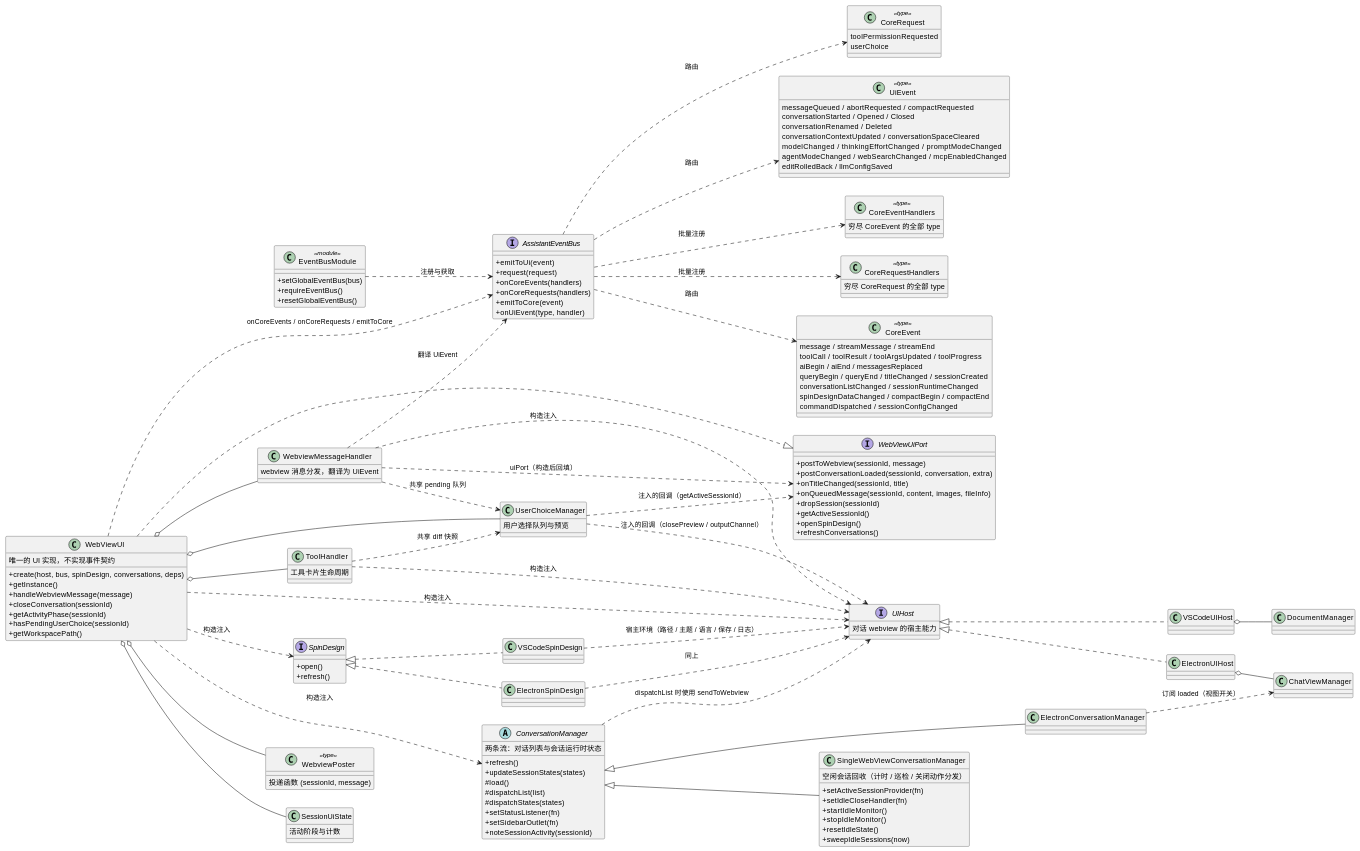
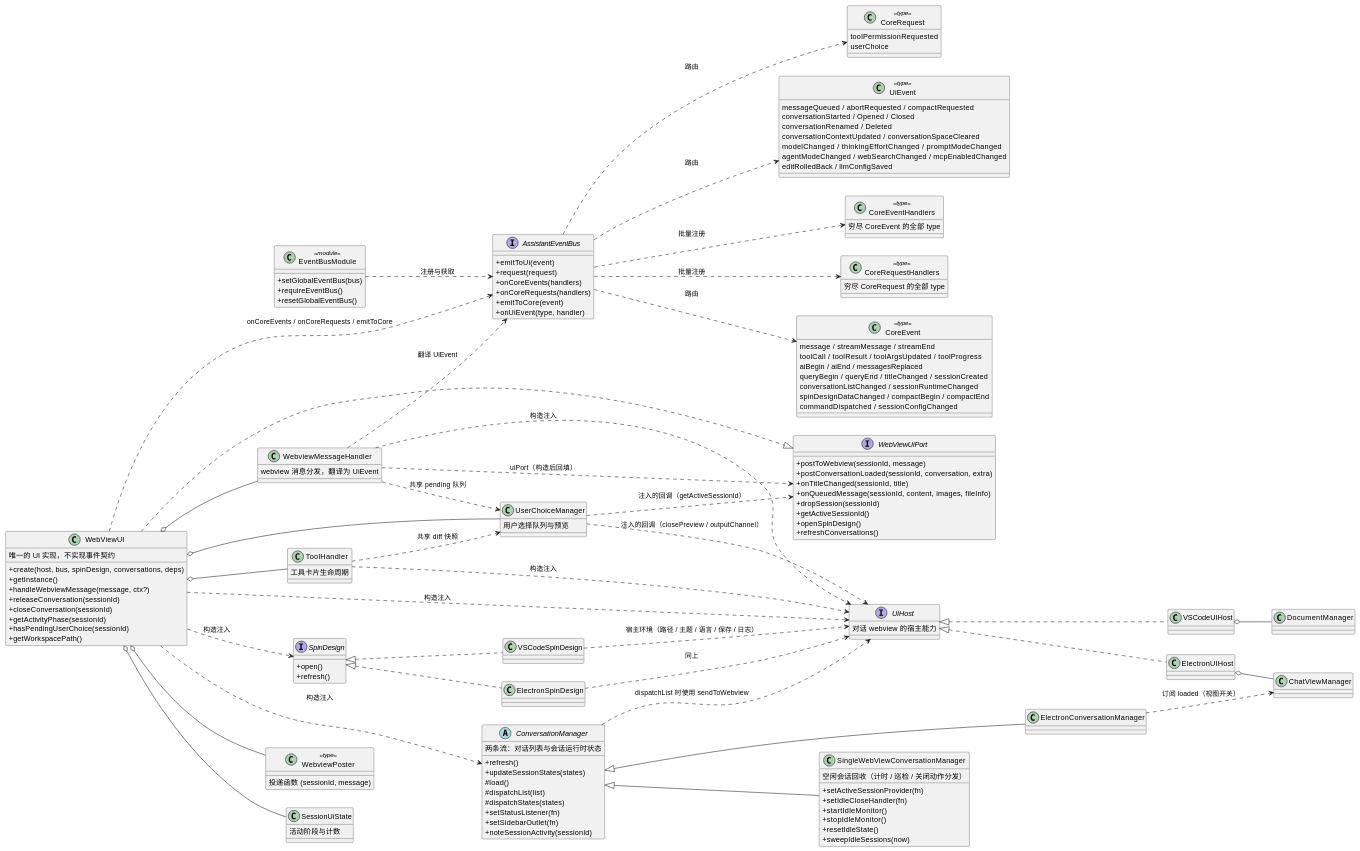
Before and after one commit to pzlvv/TuxedoCat: the second of 4 diagrams in DEVELOPMENT.md, drawn with PlantUML. The commit also changed other lines of this file and 35 other files, not shown here.

```diff
--- a/DEVELOPMENT.md
+++ b/DEVELOPMENT.md
@@ -196,7 +196,8 @@
   唯一的 UI 实现，不实现事件契约
   +create(host, bus, spinDesign, conversations, deps)
   +getInstance()
-  +handleWebviewMessage(message)
+  +handleWebviewMessage(message, ctx?)
+  +releaseConversation(sessionId)
   +closeConversation(sessionId)
   +getActivityPhase(sessionId)
   +hasPendingUserChoice(sessionId)
```
